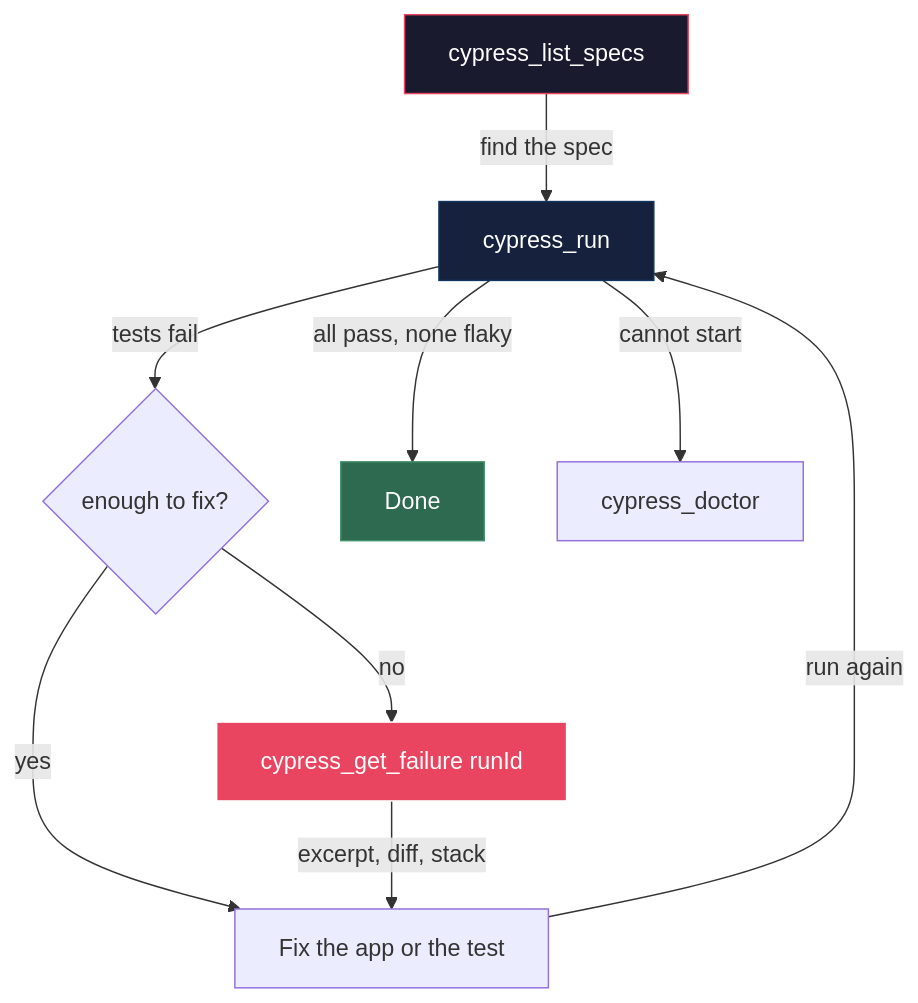
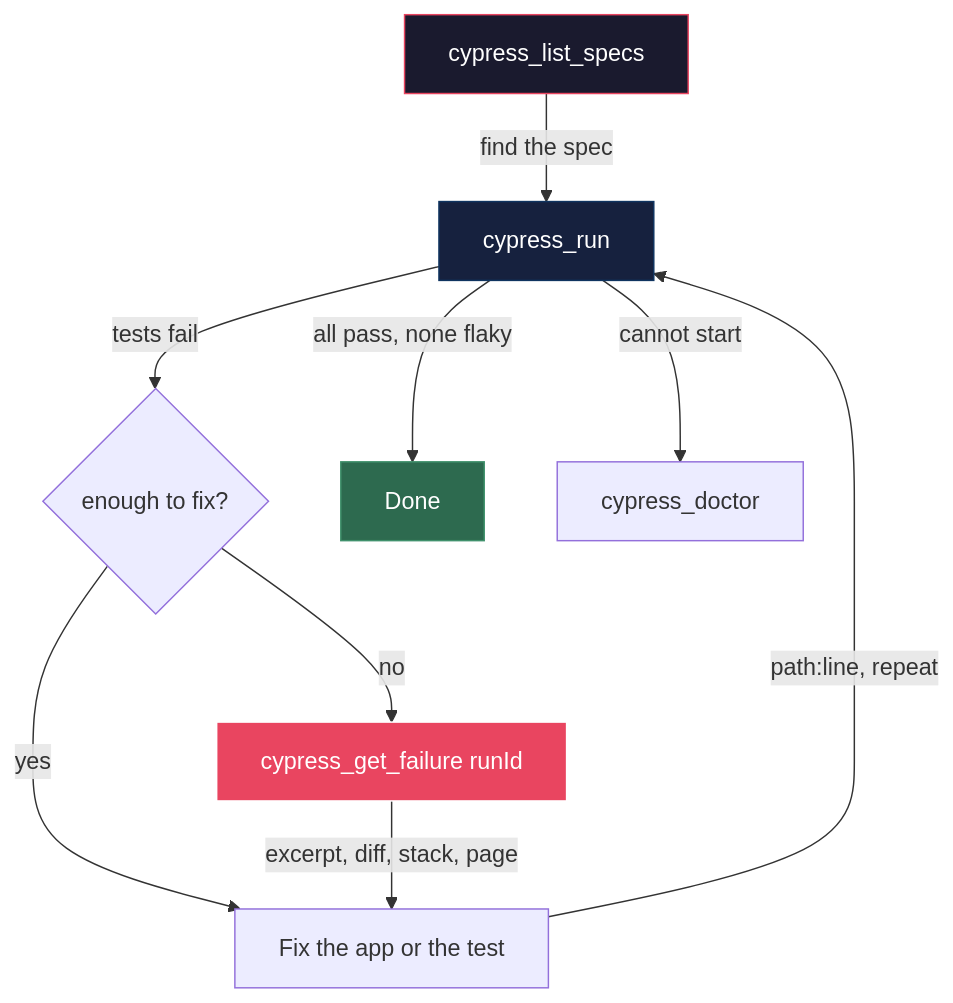
The second of 2 diagrams in README.md (Daytonrad/cypress-mcp), drawn with Mermaid before and after one commit. The commit also changed other lines of this file and 90 other files, not shown here.

````diff
--- a/README.md
+++ b/README.md
@@ -394,16 +440,16 @@
 ```mermaid
 graph TD
     L[cypress_list_specs] -->|find the spec| R[cypress_run]
     R -->|tests fail| F{enough to fix?}
     F -->|yes| X[Fix the app or the test]
     F -->|no| G[cypress_get_failure runId]
-    G -->|excerpt, diff, stack| X
-    X -->|run again| R
+    G -->|excerpt, diff, stack, page| X
+    X -->|path:line, repeat| R
     R -->|all pass, none flaky| D[Done]
     R -->|cannot start| H[cypress_doctor]
 
     style L fill:#1a1a2e,stroke:#e94560,color:#fff
     style R fill:#16213e,stroke:#0f3460,color:#fff
     style G fill:#e94560,stroke:#fff,color:#fff
     style D fill:#2d6a4f,stroke:#40916c,color:#fff
 ```
````
